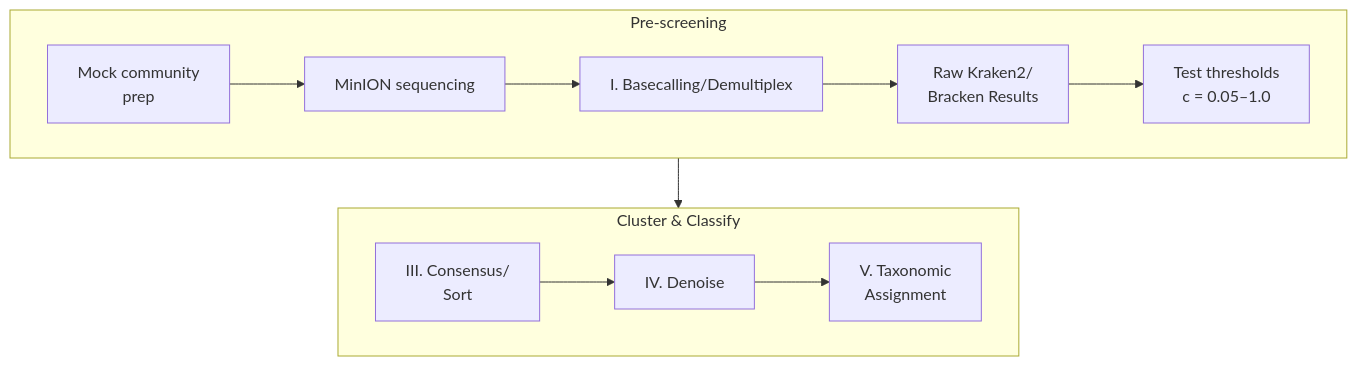
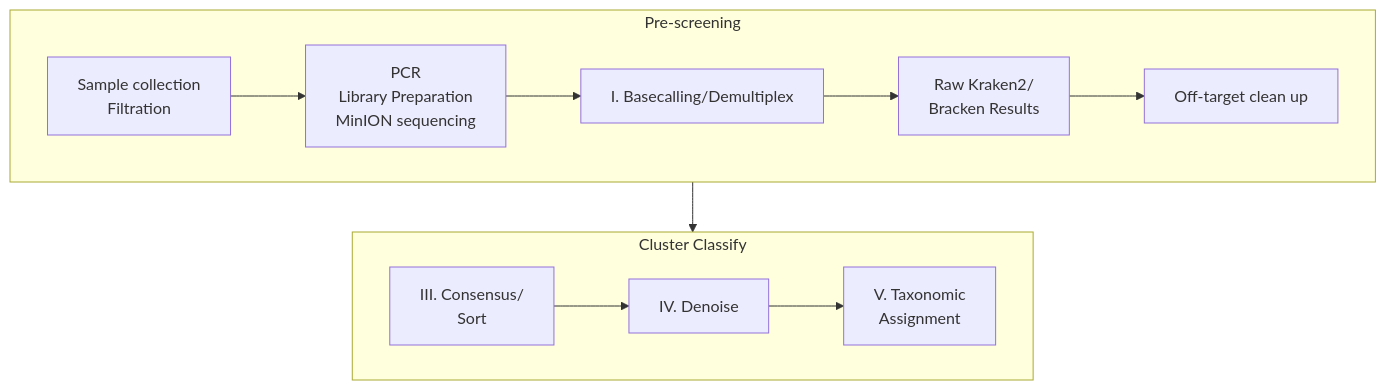
The diagram in README.md (piedna/DeCodeDNA), drawn with Mermaid before and after one commit.

Commit message:
Simplify flowchart with short labels and color coding

````diff
--- a/README.md
+++ b/README.md
@@ -38,25 +38,25 @@
 ```mermaid
 flowchart TB
   %% Top row: Wet lab → Basecalling → Quick Look
   subgraph Pre-screening
     direction LR
-    A["Mock community<br>prep"] 
-    B["MinION sequencing"]
+    A["Sample collection<br>Filtration"] 
+    B["PCR<br>Library Preparation<br>MinION sequencing"]
     C["I. Basecalling/Demultiplex"]
     D["Raw Kraken2/<br>Bracken Results"]
-    E["Test thresholds<br>c = 0.05–1.0"]
+    E["Off-target clean up"]
     A --> B --> C --> D --> E
   end
 
   %% Bottom row: Consensus → Denoise → Taxonomy
-  subgraph Cluster & Classify
+  subgraph Cluster   Classify
     direction LR
     F["III. Consensus/<br>Sort"]
     G["IV. Denoise"]
     H["V. Taxonomic<br>Assignment"]
     F --> G --> H
   end
 
   %% Connect the two rows
   E --> F
 ```
````
